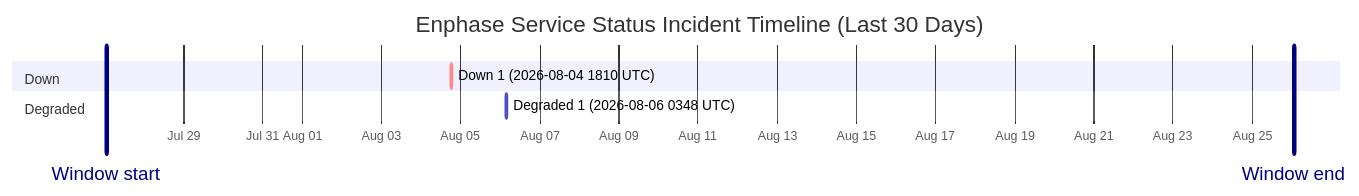
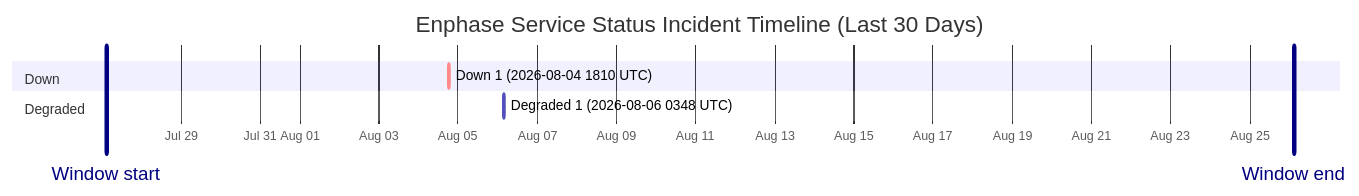
One commit to barneyonline/ha-enphase-energy changed the diagram in wiki/Service-Status-History.md. Above: the diagram before and after it, drawn with Mermaid. The commit also changed other lines of this file and 3 other files, not shown here.

````diff
--- a/wiki/Service-Status-History.md
+++ b/wiki/Service-Status-History.md
@@ -14,12 +14,12 @@
 ```mermaid
 gantt
     title Enphase Service Status Incident Timeline (Last 30 Days)
     dateFormat  YYYY-MM-DDTHH:mm:ss
     axisFormat  %b %d
-    Window start :vert, window-start, 2026-07-27T01:11:35, 0ms
-    Window end :vert, window-end, 2026-08-26T01:11:35, 0ms
+    Window start :vert, window-start, 2026-07-27T02:45:53, 0ms
+    Window end :vert, window-end, 2026-08-26T02:45:53, 0ms
     section Down
     Down 1 (2026-08-04 1810 UTC) :crit, down-1, 2026-08-04T18:10:46, 60m
     section Degraded
     Degraded 1 (2026-08-06 0348 UTC) :active, degraded-1, 2026-08-06T03:48:14, 60m
 ```
````
